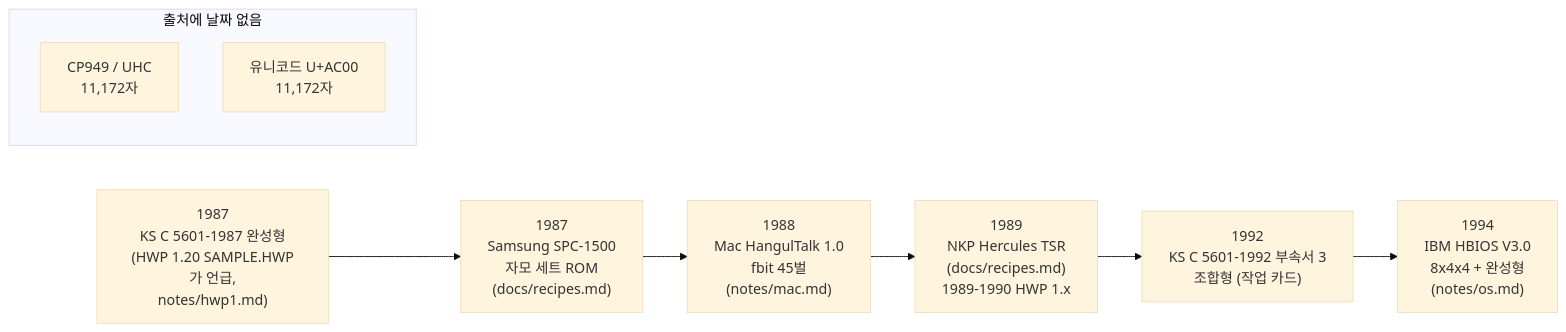
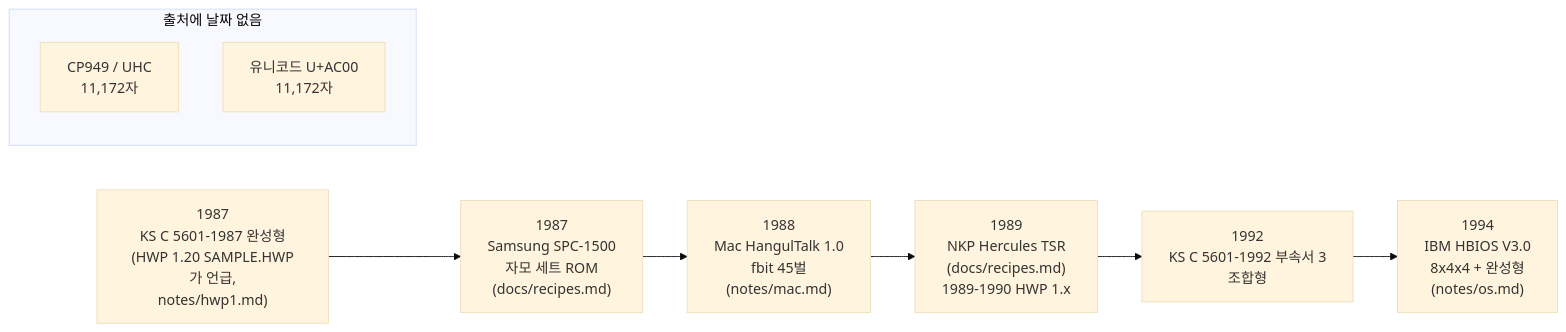
The fifth of 26 diagrams in docs/jamo-sets.ko.md (TaehyunKimLL/svf-fonts-open), drawn with Mermaid (base theme) before and after one commit. The commit also changed other lines of this file and 1 other file, not shown here.

````diff
--- a/docs/jamo-sets.ko.md
+++ b/docs/jamo-sets.ko.md
@@ -181,14 +181,14 @@
 ```mermaid
 flowchart LR
   A["1987<br/>KS C 5601-1987 완성형<br/>(HWP 1.20 SAMPLE.HWP가 언급,<br/>notes/hwp1.md)"]
   B["1987<br/>Samsung SPC-1500<br/>자모 세트 ROM<br/>(docs/recipes.md)"]
   C["1988<br/>Mac HangulTalk 1.0<br/>fbit 45벌<br/>(notes/mac.md)"]
   D["1989<br/>NKP Hercules TSR<br/>(docs/recipes.md)<br/>1989-1990 HWP 1.x"]
-  E["1992<br/>KS C 5601-1992 부속서 3<br/>조합형 (작업 카드)"]
+  E["1992<br/>KS C 5601-1992 부속서 3<br/>조합형"]
   F["1994<br/>IBM HBIOS V3.0<br/>8x4x4 + 완성형<br/>(notes/os.md)"]
   A --> B --> C --> D --> E --> F
   subgraph N["출처에 날짜 없음"]
     G["CP949 / UHC<br/>11,172자"]
     H["유니코드 U+AC00<br/>11,172자"]
   end
 ```
````
